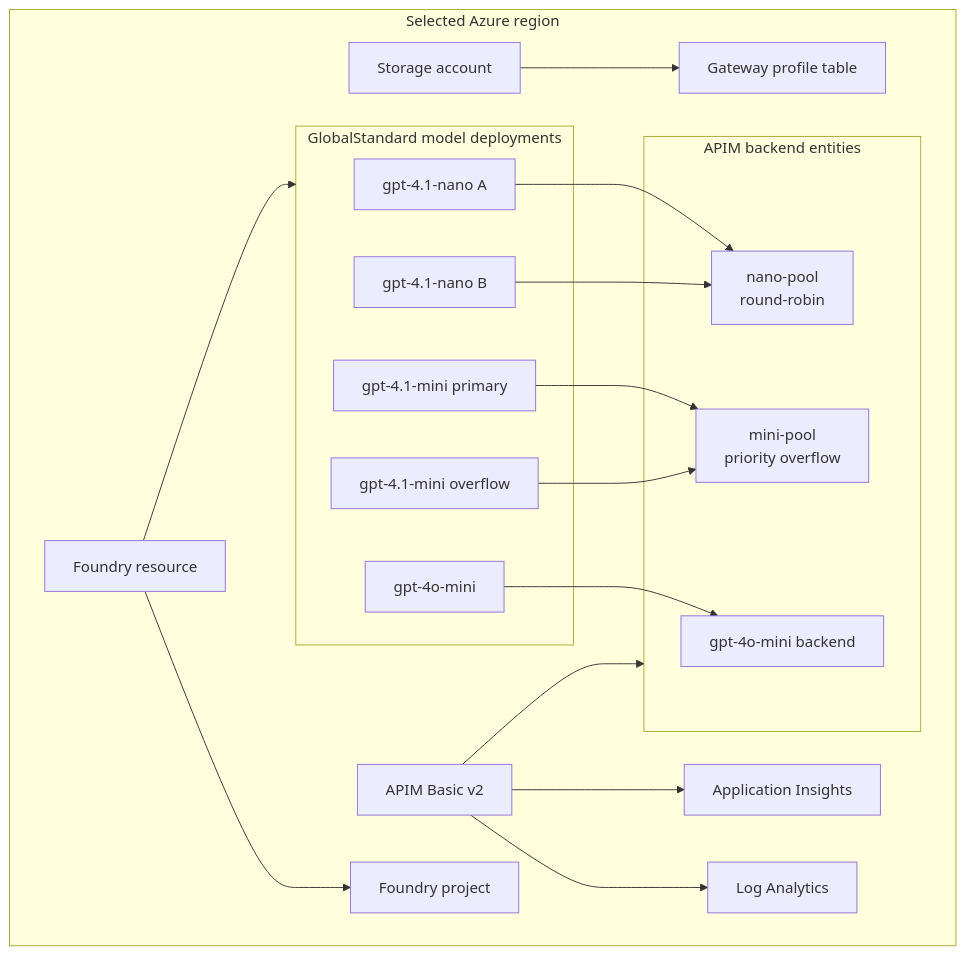
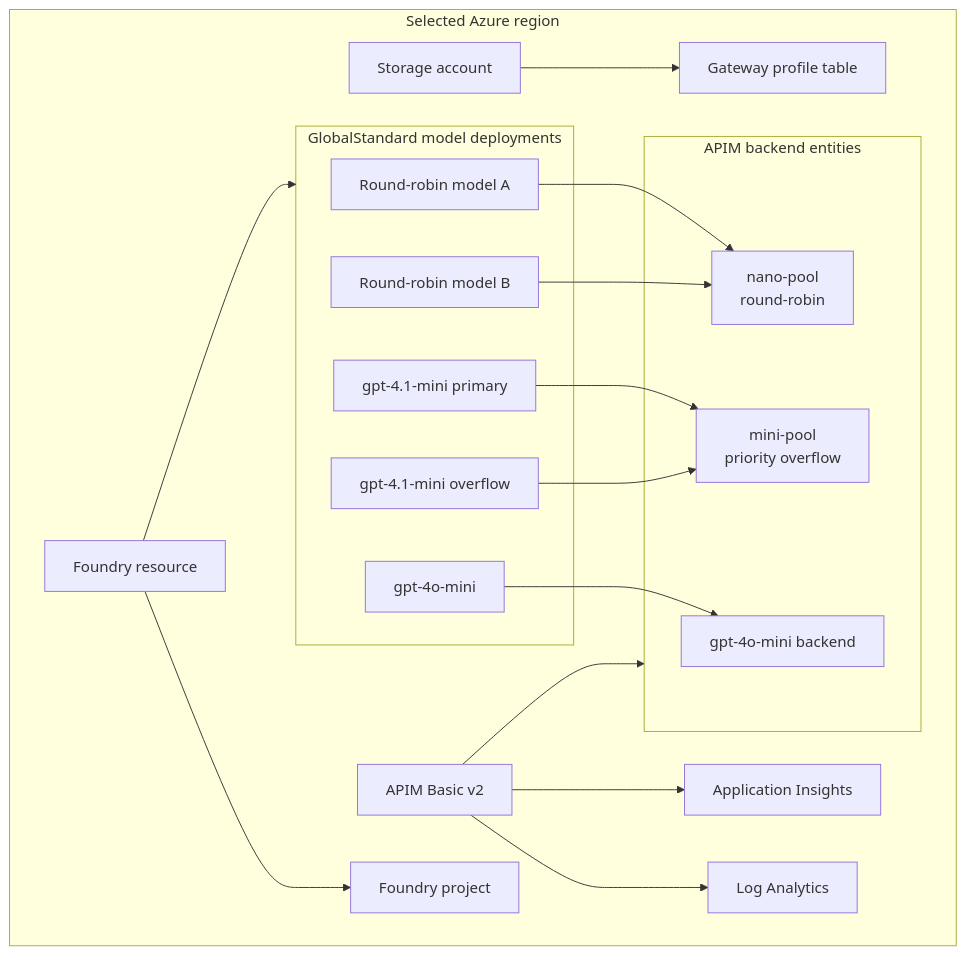
Before and after one commit to dbarkol/apim-cache-aside-routing: the second of 5 diagrams in docs/solution-architecture.md, drawn with Mermaid. The commit also changed other lines of this file and 11 other files, not shown here.

First line of the commit message:
Implement round-robin backend routing

````diff
--- a/docs/solution-architecture.md
+++ b/docs/solution-architecture.md
@@ -35,41 +35,41 @@
 ```mermaid
 flowchart TB
     subgraph ResourceGroup[Selected Azure region]
         APIM[APIM Basic v2]
         Storage[Storage account]
         Table[Gateway profile table]
         Foundry[Foundry resource]
         Project[Foundry project]
         LA[Log Analytics]
         AI[Application Insights]
 
         Storage --> Table
         Foundry --> Project
 
         subgraph Deployments[GlobalStandard model deployments]
-            NanoA[gpt-4.1-nano A]
-            NanoB[gpt-4.1-nano B]
+            NanoA[Round-robin model A]
+            NanoB[Round-robin model B]
             MiniPrimary[gpt-4.1-mini primary]
             MiniOverflow[gpt-4.1-mini overflow]
             FourOMini[gpt-4o-mini]
         end
 
         Foundry --> Deployments
 
         subgraph RoutingTargets[APIM backend entities]
             NanoPool[nano-pool<br/>round-robin]
             MiniPool[mini-pool<br/>priority overflow]
             Single4o[gpt-4o-mini backend]
         end
 
         NanoA --> NanoPool
         NanoB --> NanoPool
         MiniPrimary --> MiniPool
         MiniOverflow --> MiniPool
         FourOMini --> Single4o
 
         APIM --> RoutingTargets
         APIM --> LA
         APIM --> AI
     end
 ```
````
